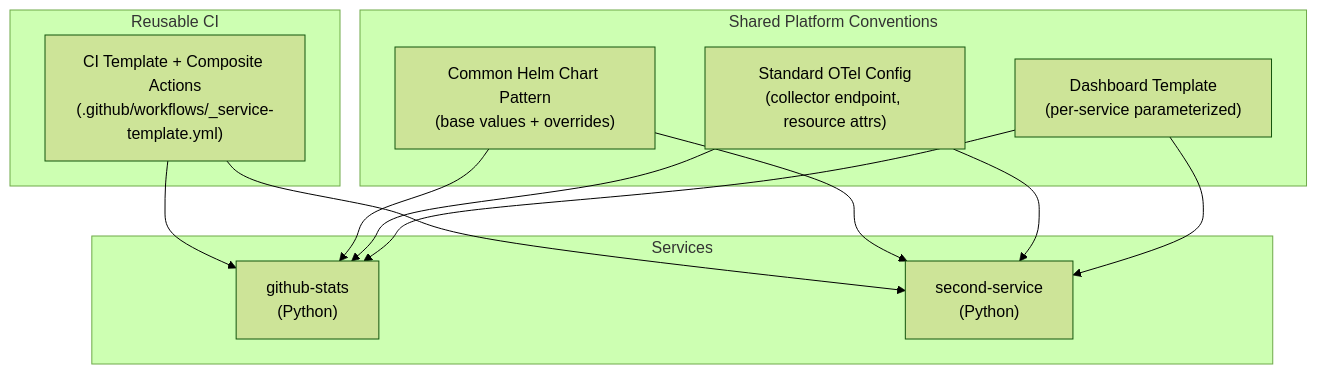
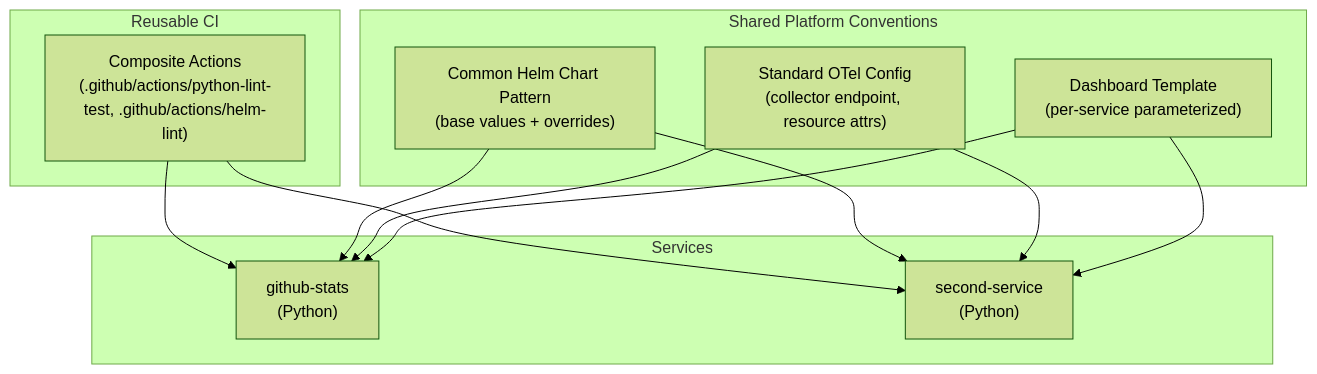
Before and after one commit to kakhavai/foundry: the diagram in docs/architecture/phase-2-golden-path.md, drawn with Mermaid (forest theme). The commit also changed other lines of this file and 1 other file, not shown here.

Commit message:
docs: fix remaining _service-template.yml references in phase-1 and phase-2 arch docs

````diff
--- a/docs/architecture/phase-2-golden-path.md
+++ b/docs/architecture/phase-2-golden-path.md
@@ -11,22 +11,22 @@
 ```mermaid
 graph TD
     subgraph "Reusable CI"
-        SharedWF["CI Template + Composite Actions\n(.github/workflows/_service-template.yml)"]
+        SharedWF["Composite Actions\n(.github/actions/python-lint-test, .github/actions/helm-lint)"]
     end
 
     subgraph "Services"
         SvcA["github-stats\n(Python)"]
         SvcB["second-service\n(Python)"]
     end
 
     subgraph "Shared Platform Conventions"
         HelmLib["Common Helm Chart Pattern\n(base values + overrides)"]
         OTelStd["Standard OTel Config\n(collector endpoint, resource attrs)"]
         DashTpl["Dashboard Template\n(per-service parameterized)"]
     end
 
     SharedWF --> SvcA & SvcB
     HelmLib --> SvcA & SvcB
     OTelStd --> SvcA & SvcB
     DashTpl --> SvcA & SvcB
 ```
````
